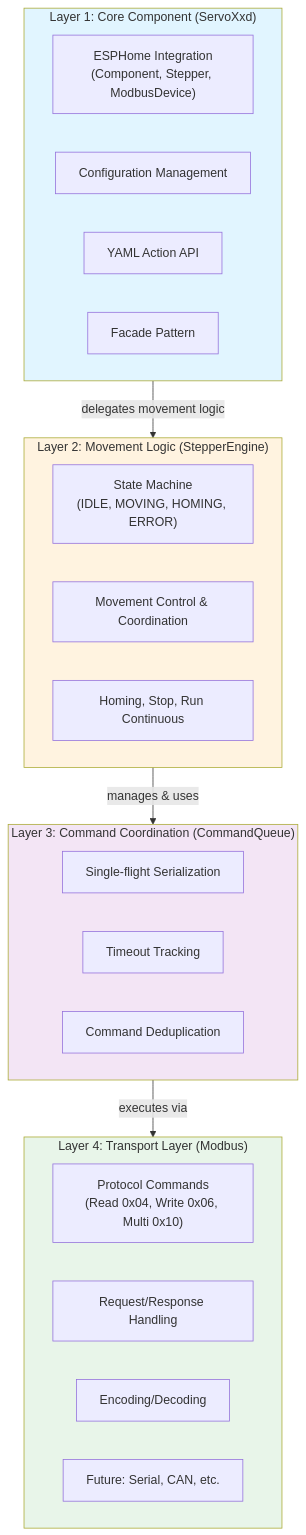
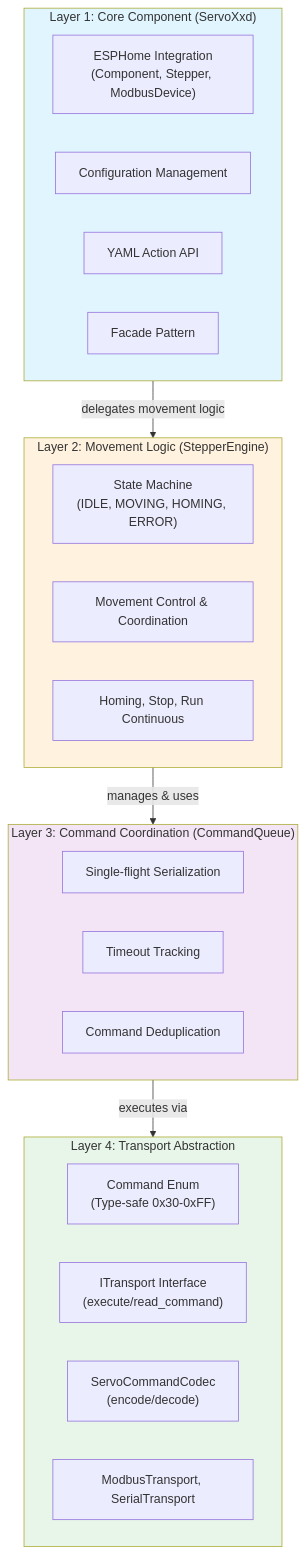
The diagram in docs/specification/02-cpp-interface.md (Nebensound/servo42d-esphome), drawn with Mermaid before and after one commit. The commit also changed other lines of this file and 8 other files, not shown here.

````diff
--- a/docs/specification/02-cpp-interface.md
+++ b/docs/specification/02-cpp-interface.md
@@ -32,37 +32,37 @@
 ```mermaid
 graph TB
     subgraph Layer1["Layer 1: Core Component (ServoXxd)"]
         L1A["ESPHome Integration<br/>(Component, Stepper, ModbusDevice)"]
         L1B["Configuration Management"]
         L1C["YAML Action API"]
         L1D["Facade Pattern"]
     end
     
     subgraph Layer2["Layer 2: Movement Logic (StepperEngine)"]
         L2A["State Machine<br/>(IDLE, MOVING, HOMING, ERROR)"]
         L2B["Movement Control & Coordination"]
         L2C["Homing, Stop, Run Continuous"]
     end
     
     subgraph Layer3["Layer 3: Command Coordination (CommandQueue)"]
         L3A["Single-flight Serialization"]
         L3B["Timeout Tracking"]
         L3C["Command Deduplication"]
     end
     
-    subgraph Layer4["Layer 4: Transport Layer (Modbus)"]
-        L4A["Protocol Commands<br/>(Read 0x04, Write 0x06, Multi 0x10)"]
-        L4B["Request/Response Handling"]
-        L4C["Encoding/Decoding"]
-        L4D["Future: Serial, CAN, etc."]
+    subgraph Layer4["Layer 4: Transport Abstraction"]
+        L4A["Command Enum<br/>(Type-safe 0x30-0xFF)"]
+        L4B["ITransport Interface<br/>(execute/read_command)"]
+        L4C["ServoCommandCodec<br/>(encode/decode)"]
+        L4D["ModbusTransport, SerialTransport"]
     end
     
     Layer1 -->|delegates movement logic| Layer2
     Layer2 -->|manages & uses| Layer3
     Layer3 -->|executes via| Layer4
     
     style Layer1 fill:#e1f5ff
     style Layer2 fill:#fff3e0
     style Layer3 fill:#f3e5f5
     style Layer4 fill:#e8f5e9
 ```
````
